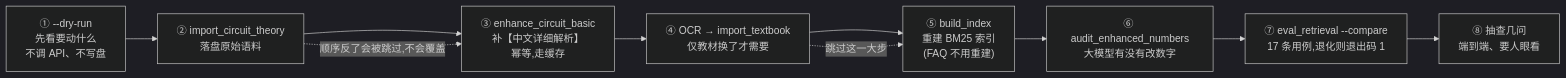
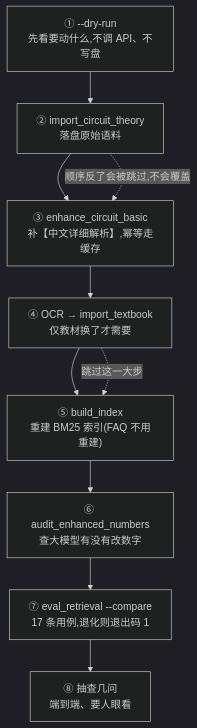
The third of 3 diagrams in docs/knowledge_base.md (mc-dl/ta-assistant), drawn with Mermaid (dark theme) before and after one commit. The commit also changed other lines of this file and 38 other files, not shown here.

First line of the commit message:
feat: 文档展示层改为构建期出图的可视化页面 + 网页生成幂等化

````diff
--- a/docs/knowledge_base.md
+++ b/docs/knowledge_base.md
@@ -1024,13 +1035,14 @@
 ```mermaid
-flowchart LR
-  A["① --dry-run<br/>先看要动什么<br/>不调 API、不写盘"] --> B["② import_circuit_theory<br/>落盘原始语料"]
-  B --> C["③ enhance_circuit_basic<br/>补【中文详细解析】<br/>幂等,走缓存"]
+flowchart TD
+  %% caption: 重建语料的八步 —— 虚线是"这两步容易搞反/容易漏",不是数据流
+  A["① --dry-run<br/>先看要动什么,不调 API、不写盘"] --> B["② import_circuit_theory<br/>落盘原始语料"]
+  B --> C["③ enhance_circuit_basic<br/>补【中文详细解析】,幂等走缓存"]
   C --> D["④ OCR → import_textbook<br/>仅教材换了才需要"]
-  D --> E["⑤ build_index<br/>重建 BM25 索引<br/>(FAQ 不用重建)"]
-  E --> F["⑥ audit_enhanced_numbers<br/>大模型有没有改数字"]
+  D --> E["⑤ build_index<br/>重建 BM25 索引(FAQ 不用重建)"]
+  E --> F["⑥ audit_enhanced_numbers<br/>查大模型有没有改数字"]
   F --> G["⑦ eval_retrieval --compare<br/>17 条用例,退化则退出码 1"]
   G --> H["⑧ 抽查几问<br/>端到端、要人眼看"]
 
   B -.->|"顺序反了会被跳过,不会覆盖"| C
   D -.->|"跳过这一大步"| E
 ```
````
